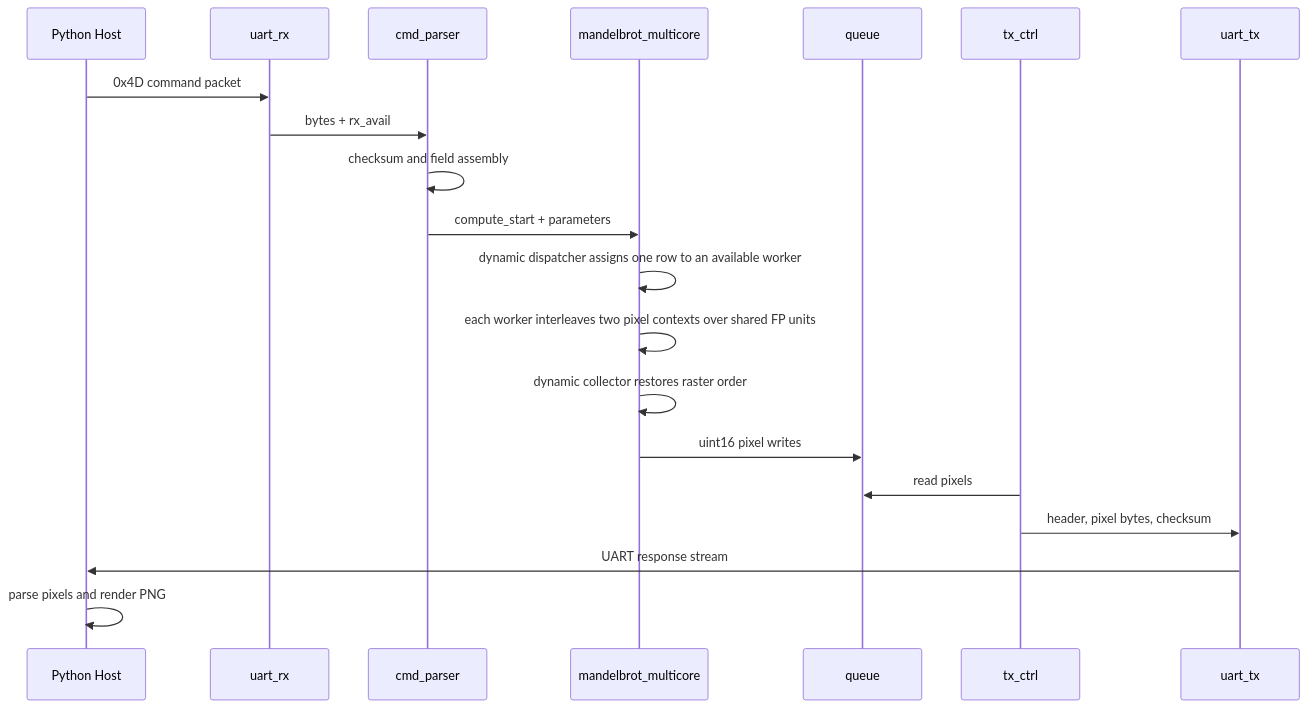
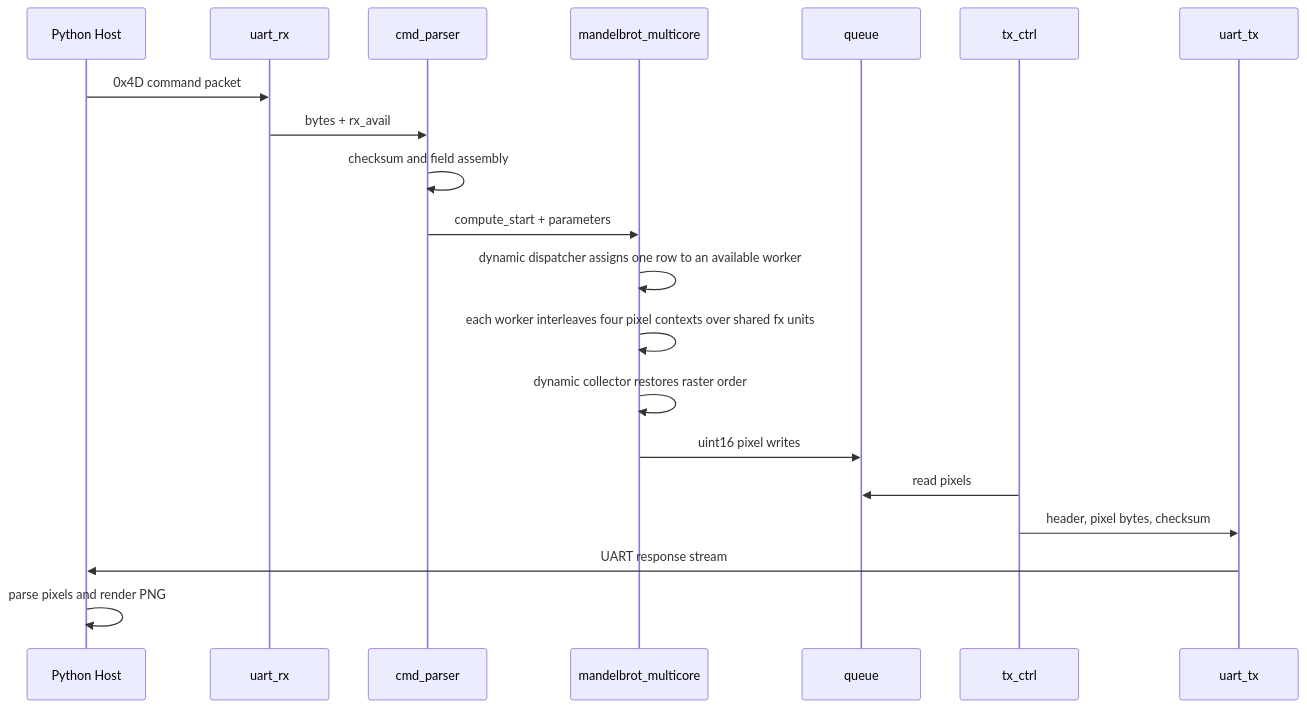
One commit to RESBI/FPGA-Mandelbrot-Demo changed the third of 3 diagrams in README.md. Above: the diagram before and after it, drawn with Mermaid. The commit also changed other lines of this file and 24 other files, not shown here.

````diff
--- a/README.md
+++ b/README.md
@@ -609,23 +607,23 @@
 ```mermaid
 sequenceDiagram
     participant Host as Python Host
     participant RX as uart_rx
     participant Parser as cmd_parser
     participant Core as mandelbrot_multicore
     participant FIFO as queue
     participant TXC as tx_ctrl
     participant TX as uart_tx
 
     Host->>RX: 0x4D command packet
     RX->>Parser: bytes + rx_avail
     Parser->>Parser: checksum and field assembly
     Parser->>Core: compute_start + parameters
     Core->>Core: dynamic dispatcher assigns one row to an available worker
-    Core->>Core: each worker interleaves two pixel contexts over shared FP units
+    Core->>Core: each worker interleaves four pixel contexts over shared fx units
     Core->>Core: dynamic collector restores raster order
     Core->>FIFO: uint16 pixel writes
     TXC->>FIFO: read pixels
     TXC->>TX: header, pixel bytes, checksum
     TX->>Host: UART response stream
     Host->>Host: parse pixels and render PNG
 ```
````
